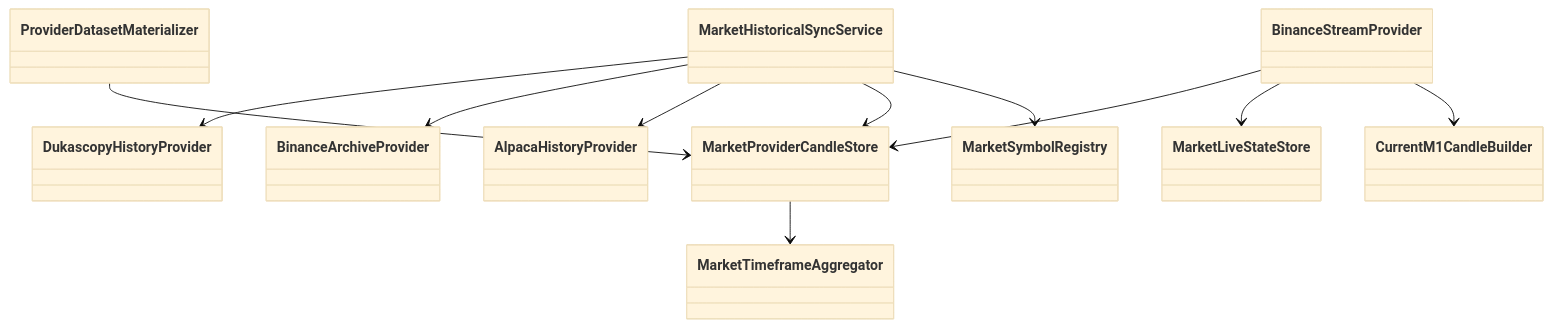
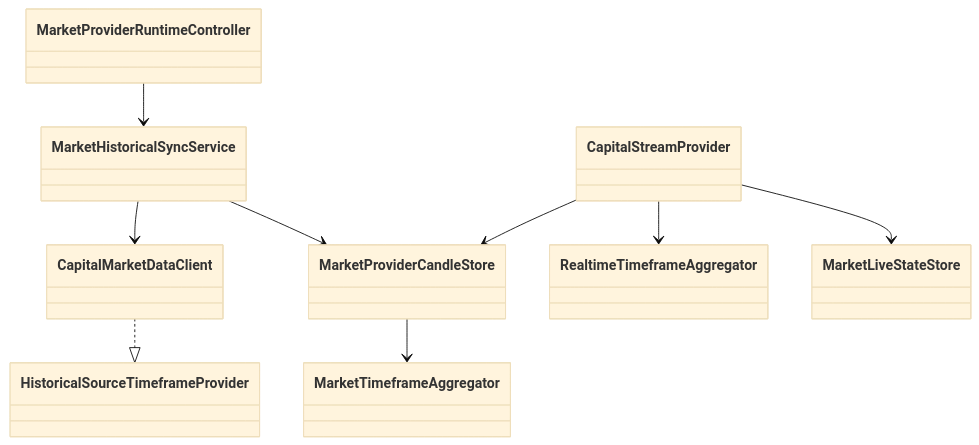
The fourth of 4 diagrams in specs/PB-049/design.md (tranbaohoang10/AITrading), drawn with Mermaid (base theme) before and after one commit. The commit also changed other lines of this file and 63 other files, not shown here.

First line of the commit message:
feat(market-data): tích hợp Capital.com và nến realtime đa khung

````diff
--- a/specs/PB-049/design.md
+++ b/specs/PB-049/design.md
@@ -53,24 +74,19 @@
 ```mermaid
 classDiagram
-  class MarketSymbolRegistry
+  class CapitalMarketDataClient
   class MarketHistoricalSyncService
   class MarketProviderCandleStore
   class MarketTimeframeAggregator
-  class ProviderDatasetMaterializer
-  class AlpacaHistoryProvider
-  class BinanceArchiveProvider
-  class DukascopyHistoryProvider
-  class BinanceStreamProvider
-  class CurrentM1CandleBuilder
+  class CapitalStreamProvider
+  class RealtimeTimeframeAggregator
   class MarketLiveStateStore
-  MarketHistoricalSyncService --> MarketSymbolRegistry
+  class MarketProviderRuntimeController
+  CapitalMarketDataClient ..|> HistoricalSourceTimeframeProvider
+  MarketHistoricalSyncService --> CapitalMarketDataClient
   MarketHistoricalSyncService --> MarketProviderCandleStore
-  MarketHistoricalSyncService --> AlpacaHistoryProvider
-  MarketHistoricalSyncService --> BinanceArchiveProvider
-  MarketHistoricalSyncService --> DukascopyHistoryProvider
   MarketProviderCandleStore --> MarketTimeframeAggregator
-  ProviderDatasetMaterializer --> MarketProviderCandleStore
-  BinanceStreamProvider --> CurrentM1CandleBuilder
-  BinanceStreamProvider --> MarketLiveStateStore
-  BinanceStreamProvider --> MarketProviderCandleStore
+  MarketProviderRuntimeController --> MarketHistoricalSyncService
+  CapitalStreamProvider --> RealtimeTimeframeAggregator
+  CapitalStreamProvider --> MarketLiveStateStore
+  CapitalStreamProvider --> MarketProviderCandleStore
 ```
````
